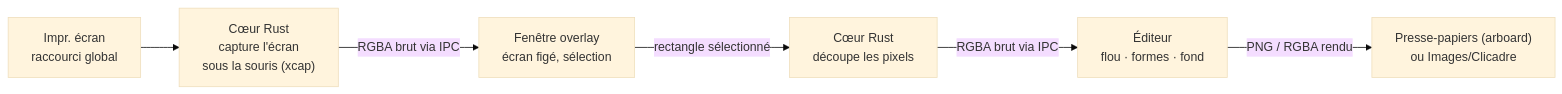
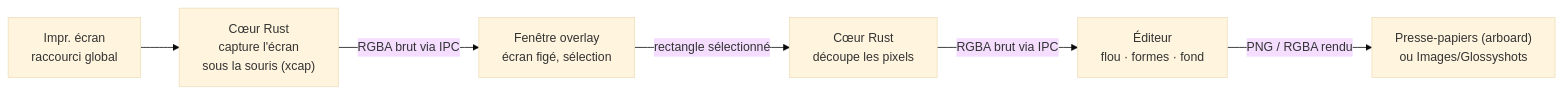
Before and after one commit to abg5f/Glossyshots: the diagram in README.fr.md, drawn with Mermaid (base theme). The commit also changed other lines of this file and 50 other files, not shown here.

````diff
--- a/README.fr.md
+++ b/README.fr.md
@@ -76,8 +79,8 @@
 ```mermaid
 flowchart LR
     K["Impr. écran<br/>raccourci global"] --> C["Cœur Rust<br/>capture l'écran<br/>sous la souris (xcap)"]
     C -- "RGBA brut via IPC" --> O["Fenêtre overlay<br/>écran figé, sélection"]
     O -- "rectangle sélectionné" --> R["Cœur Rust<br/>découpe les pixels"]
     R -- "RGBA brut via IPC" --> E["Éditeur<br/>flou · formes · fond"]
-    E -- "PNG / RGBA rendu" --> X["Presse-papiers (arboard)<br/>ou Images/Clicadre"]
+    E -- "PNG / RGBA rendu" --> X["Presse-papiers (arboard)<br/>ou Images/Glossyshots"]
 ```
````
